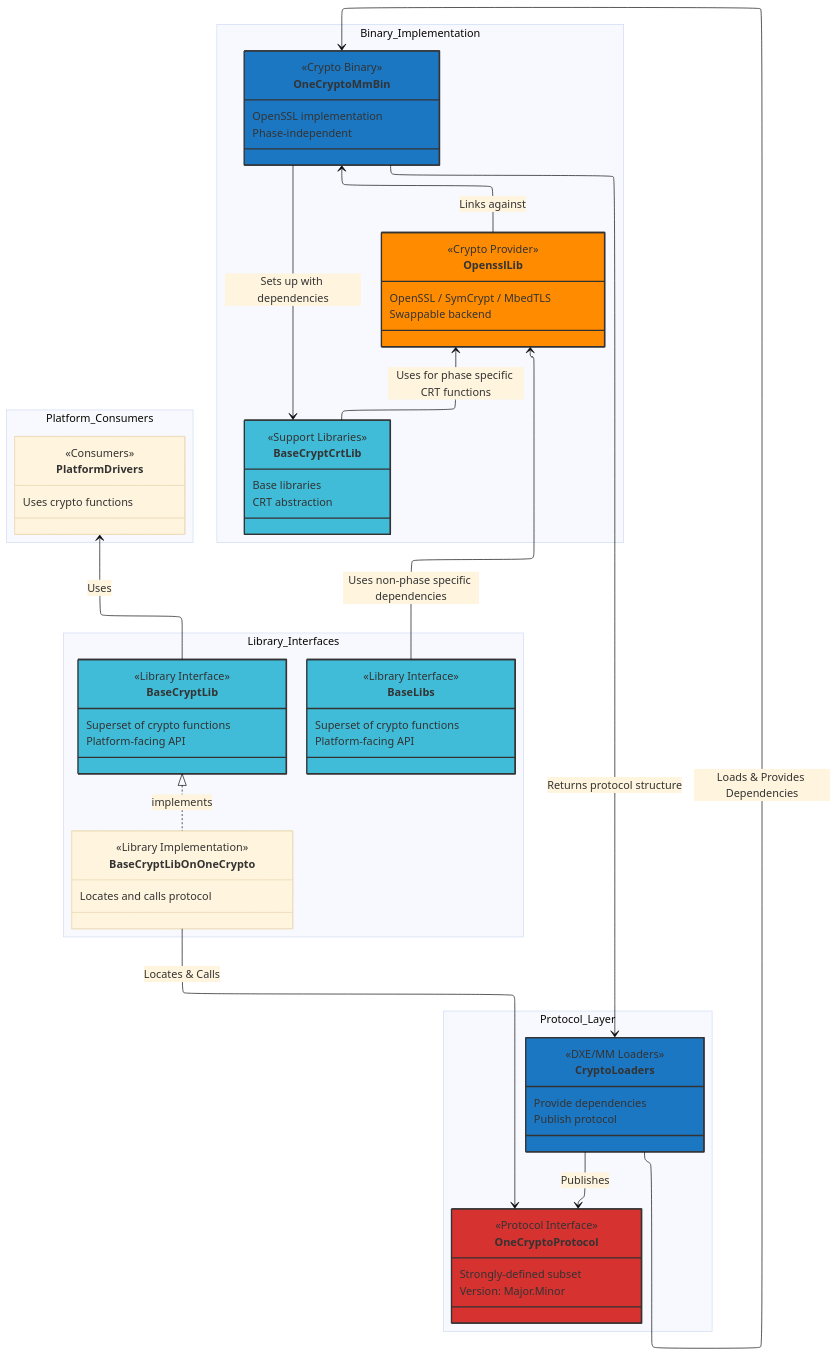
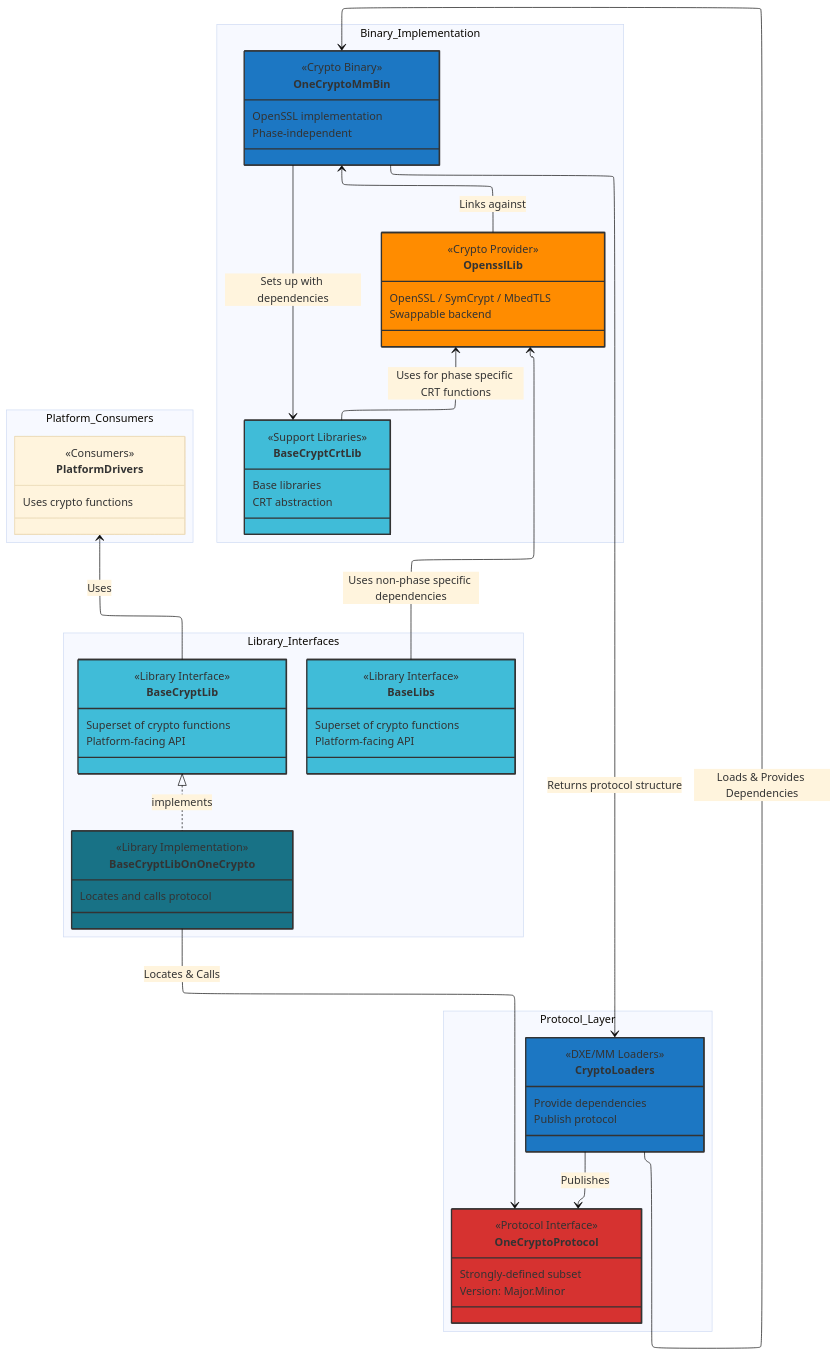
One commit to Flickdm/mu_crypto_release changed the first of 6 diagrams in Docs/Architecture.md. Above: the diagram before and after it, drawn with Mermaid (base theme). The commit also changed other lines of this file, not shown here.

```diff
--- a/Docs/Architecture.md
+++ b/Docs/Architecture.md
@@ -231,7 +231,7 @@
       Version: Major.Minor
     }
     
-    class CryptoLoaders:::loader {
+    class CryptoLoaders:::binary {
       <<DXE/MM Loaders>>
       Provide dependencies
       Publish protocol
@@ -291,8 +291,8 @@
 
 
   classDef interface fill:#40bcd8,stroke:#333,stroke-width:2px
+  classDef implementation fill:#187286,stroke:#333,stroke-width:2px
   classDef protocol fill:#d63230,stroke:#333,stroke-width:2px
-  classDef loader fill:#1c77c3,stroke:#333,stroke-width:2px
   classDef binary fill:#1c77c3,stroke:#333,stroke-width:2px
   classDef provider fill:#ff8c00,stroke:#333,stroke-width:2px
   classDef support fill:#dda0dd,stroke:#333,stroke-width:2px
```
